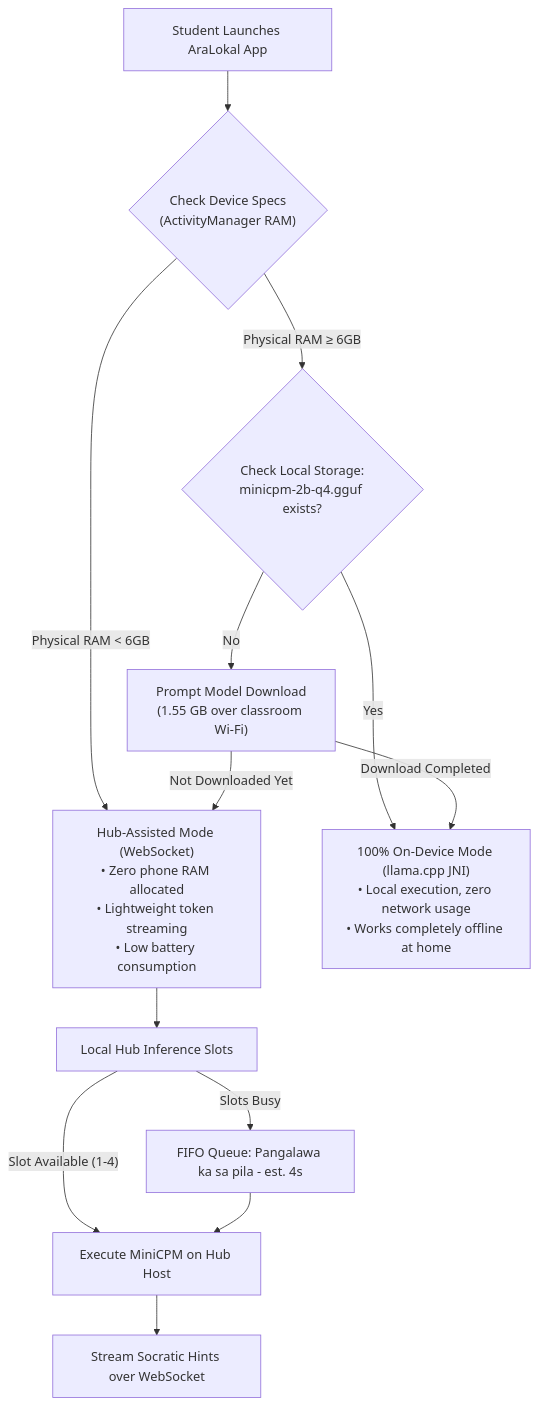
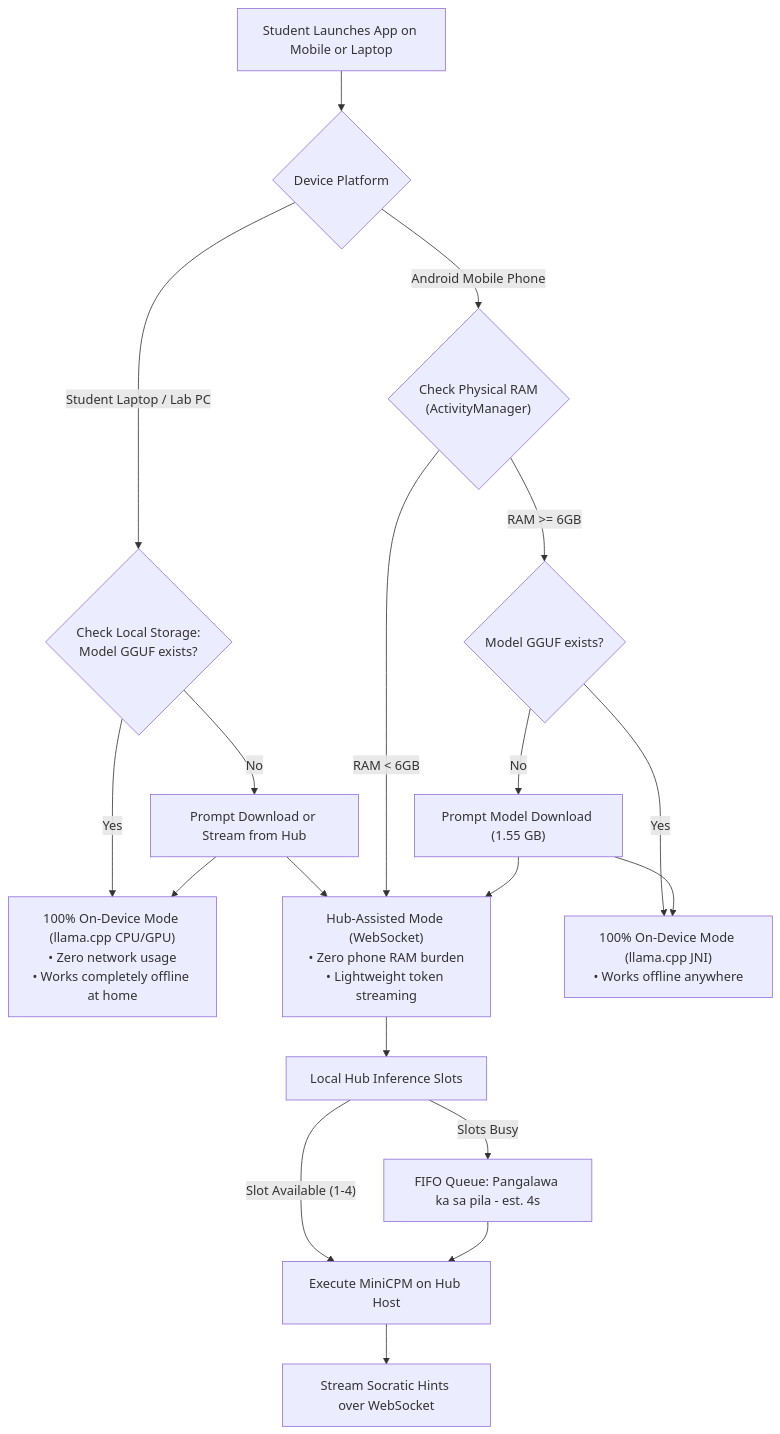
Before and after one commit to BootlegYouki/AraLokal: the third of 5 diagrams in PRD.md, drawn with Mermaid. The commit also changed other lines of this file and 1 other file, not shown here.

Commit message:
feat: add explicit student laptop & lab PC Socratic AI support with dual-execution routing

````diff
--- a/PRD.md
+++ b/PRD.md
@@ -206,19 +206,24 @@
 ```mermaid
 flowchart TD
- Start["Student Launches AraLokal App"] --> HardwareCheck{"Check Device Specs<br/>(ActivityManager RAM)"}
+ Start["Student Launches App on Mobile or Laptop"] --> DeviceType{"Device Platform"}
  
- HardwareCheck -->|Physical RAM < 6GB| HubMode["Hub-Assisted Mode (WebSocket)<br/>• Zero phone RAM allocated<br/>• Lightweight token streaming<br/>• Low battery consumption"]
- 
- HardwareCheck -->|Physical RAM ≥ 6GB| CheckModel{"Check Local Storage:<br/>minicpm-2b-q4.gguf exists?"}
- 
- CheckModel -->|Yes| DeviceMode["100% On-Device Mode (llama.cpp JNI)<br/>• Local execution, zero network usage<br/>• Works completely offline at home"]
- CheckModel -->|No| OfferDownload["Prompt Model Download<br/>(1.55 GB over classroom Wi-Fi)"]
- OfferDownload -->|Download Completed| DeviceMode
- OfferDownload -->|Not Downloaded Yet| HubMode
+ DeviceType -->|"Student Laptop / Lab PC"| DeskCheck{"Check Local Storage:<br/>Model GGUF exists?"}
+ DeskCheck -->|Yes| DeskLocal["100% On-Device Mode (llama.cpp CPU/GPU)<br/>• Zero network usage<br/>• Works completely offline at home"]
+ DeskCheck -->|No| DeskPrompt["Prompt Download or Stream from Hub"]
+ DeskPrompt --> DeskLocal
+ DeskPrompt --> HubMode
+
+ DeviceType -->|"Android Mobile Phone"| HardwareCheck{"Check Physical RAM<br/>(ActivityManager)"}
+ HardwareCheck -->|"RAM < 6GB"| HubMode["Hub-Assisted Mode (WebSocket)<br/>• Zero phone RAM burden<br/>• Lightweight token streaming"]
+ HardwareCheck -->|"RAM >= 6GB"| MobCheck{"Model GGUF exists?"}
+ MobCheck -->|Yes| MobLocal["100% On-Device Mode (llama.cpp JNI)<br/>• Works offline anywhere"]
+ MobCheck -->|No| MobPrompt["Prompt Model Download (1.55 GB)"]
+ MobPrompt --> MobLocal
+ MobPrompt --> HubMode
 
  HubMode --> HubQueue["Local Hub Inference Slots"]
  HubQueue -->|"Slot Available (1-4)"| Infer["Execute MiniCPM on Hub Host"]
  HubQueue -->|"Slots Busy"| QueueWait["FIFO Queue: Pangalawa ka sa pila - est. 4s"]
  QueueWait --> Infer
  Infer --> StreamTokens["Stream Socratic Hints over WebSocket"]
 ```
````
